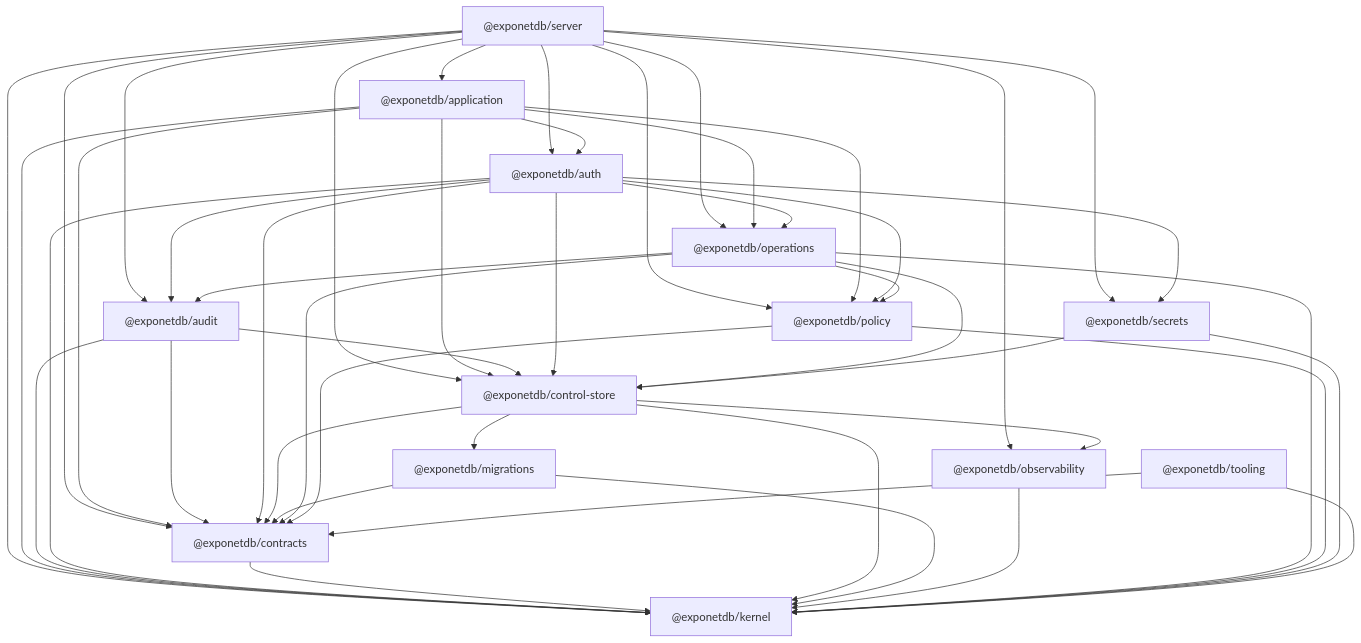
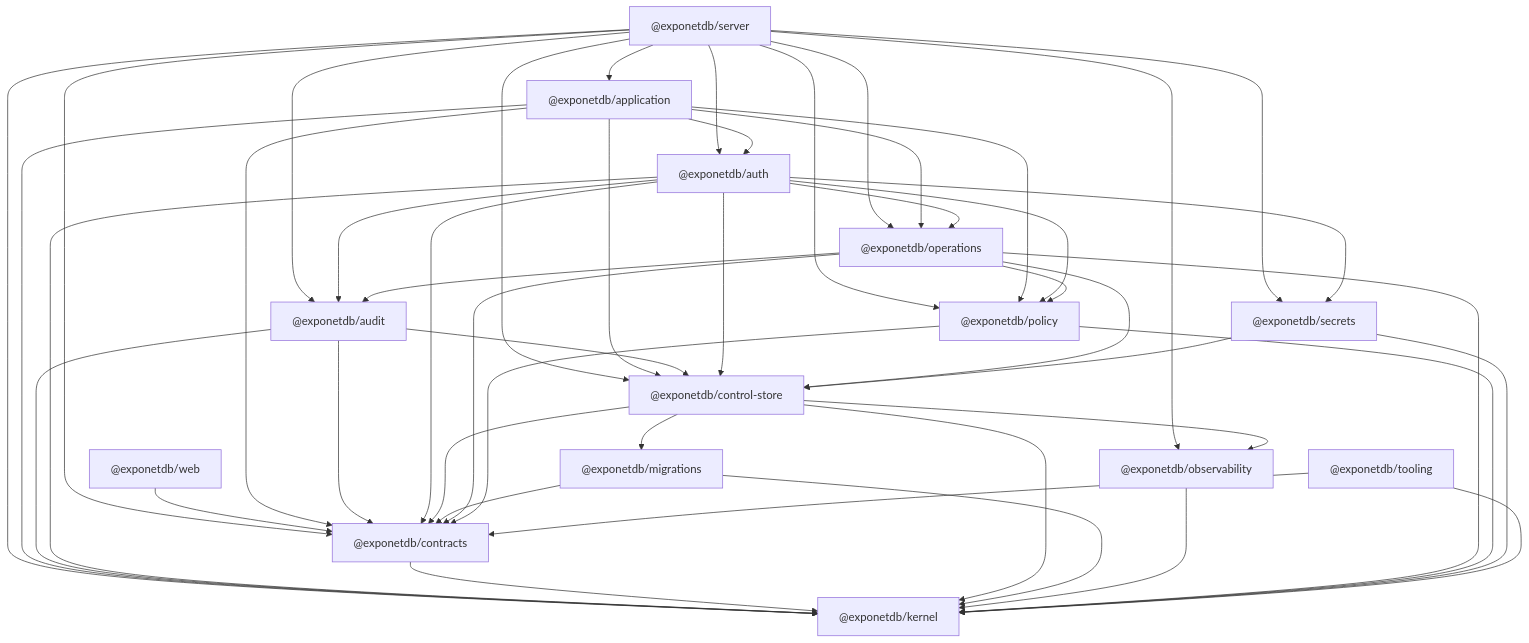
Before and after one commit to davdxpx/ExponetDB: the diagram in tooling/boundaries/package-graph.md, drawn with Mermaid. The commit also changed 37 other files, not shown here.

````diff
--- a/tooling/boundaries/package-graph.md
+++ b/tooling/boundaries/package-graph.md
@@ -7,61 +7,63 @@
 ```mermaid
 graph TD
   apps_server["@exponetdb/server"]
+  apps_web["@exponetdb/web"]
   packages_application["@exponetdb/application"]
   packages_audit["@exponetdb/audit"]
   packages_auth["@exponetdb/auth"]
   packages_contracts["@exponetdb/contracts"]
   packages_control-store["@exponetdb/control-store"]
   packages_kernel["@exponetdb/kernel"]
   packages_migrations["@exponetdb/migrations"]
   packages_observability["@exponetdb/observability"]
   packages_operations["@exponetdb/operations"]
   packages_policy["@exponetdb/policy"]
   packages_secrets["@exponetdb/secrets"]
   tooling["@exponetdb/tooling"]
   apps_server["@exponetdb/server"] --> packages_application
   apps_server["@exponetdb/server"] --> packages_audit
   apps_server["@exponetdb/server"] --> packages_auth
   apps_server["@exponetdb/server"] --> packages_contracts
   apps_server["@exponetdb/server"] --> packages_control-store
   apps_server["@exponetdb/server"] --> packages_kernel
   apps_server["@exponetdb/server"] --> packages_observability
   apps_server["@exponetdb/server"] --> packages_operations
   apps_server["@exponetdb/server"] --> packages_policy
   apps_server["@exponetdb/server"] --> packages_secrets
+  apps_web["@exponetdb/web"] --> packages_contracts
   packages_application["@exponetdb/application"] --> packages_auth
   packages_application["@exponetdb/application"] --> packages_contracts
   packages_application["@exponetdb/application"] --> packages_control-store
   packages_application["@exponetdb/application"] --> packages_kernel
   packages_application["@exponetdb/application"] --> packages_operations
   packages_application["@exponetdb/application"] --> packages_policy
   packages_audit["@exponetdb/audit"] --> packages_contracts
   packages_audit["@exponetdb/audit"] --> packages_control-store
   packages_audit["@exponetdb/audit"] --> packages_kernel
   packages_auth["@exponetdb/auth"] --> packages_audit
   packages_auth["@exponetdb/auth"] --> packages_contracts
   packages_auth["@exponetdb/auth"] --> packages_control-store
   packages_auth["@exponetdb/auth"] --> packages_kernel
   packages_auth["@exponetdb/auth"] --> packages_operations
   packages_auth["@exponetdb/auth"] --> packages_policy
   packages_auth["@exponetdb/auth"] --> packages_secrets
   packages_contracts["@exponetdb/contracts"] --> packages_kernel
   packages_control-store["@exponetdb/control-store"] --> packages_contracts
   packages_control-store["@exponetdb/control-store"] --> packages_kernel
   packages_control-store["@exponetdb/control-store"] --> packages_migrations
   packages_control-store["@exponetdb/control-store"] --> packages_observability
   packages_migrations["@exponetdb/migrations"] --> packages_contracts
   packages_migrations["@exponetdb/migrations"] --> packages_kernel
   packages_observability["@exponetdb/observability"] --> packages_kernel
   packages_operations["@exponetdb/operations"] --> packages_audit
   packages_operations["@exponetdb/operations"] --> packages_contracts
   packages_operations["@exponetdb/operations"] --> packages_control-store
   packages_operations["@exponetdb/operations"] --> packages_kernel
   packages_operations["@exponetdb/operations"] --> packages_policy
   packages_policy["@exponetdb/policy"] --> packages_contracts
   packages_policy["@exponetdb/policy"] --> packages_kernel
   packages_secrets["@exponetdb/secrets"] --> packages_control-store
   packages_secrets["@exponetdb/secrets"] --> packages_kernel
   tooling["@exponetdb/tooling"] --> packages_contracts
   tooling["@exponetdb/tooling"] --> packages_kernel
 ```
````
